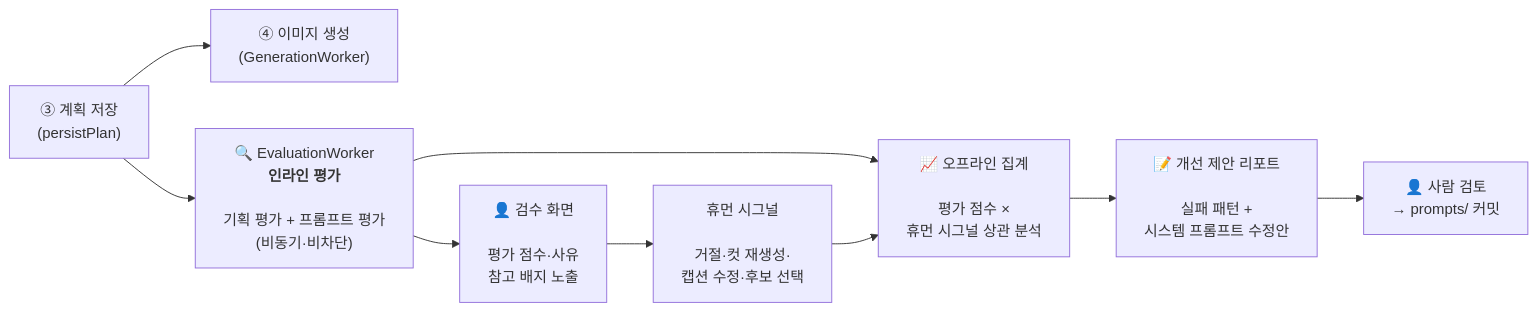
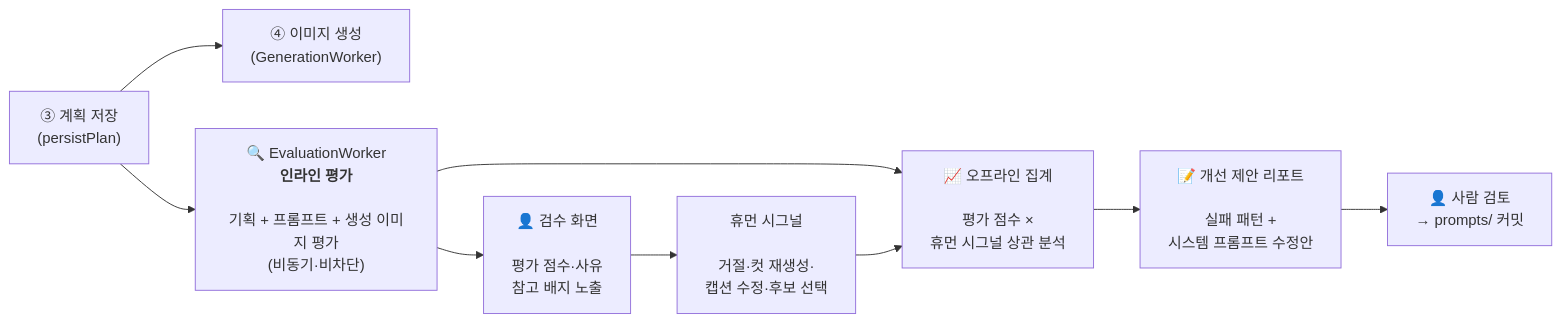
The diagram in docs/plan-prompt-evaluation-agent.md (TaehoHong/opod-admin), drawn with Mermaid before and after one commit. The commit also changed other lines of this file and 33 other files, not shown here.

````diff
--- a/docs/plan-prompt-evaluation-agent.md
+++ b/docs/plan-prompt-evaluation-agent.md
@@ -23,19 +23,19 @@
 ```mermaid
 flowchart LR
     P["③ 계획 저장<br/>(persistPlan)"]
     G["④ 이미지 생성<br/>(GenerationWorker)"]
-    EV["🔍 EvaluationWorker<br/><b>인라인 평가</b><br/><br/>기획 평가 + 프롬프트 평가<br/>(비동기·비차단)"]
+    EV["🔍 EvaluationWorker<br/><b>인라인 평가</b><br/><br/>기획 + 프롬프트 + 생성 이미지 평가<br/>(비동기·비차단)"]
     R["👤 검수 화면<br/><br/>평가 점수·사유<br/>참고 배지 노출"]
     H["휴먼 시그널<br/><br/>거절·컷 재생성·<br/>캡션 수정·후보 선택"]
     AGG["📈 오프라인 집계<br/><br/>평가 점수 ×<br/>휴먼 시그널 상관 분석"]
     REP["📝 개선 제안 리포트<br/><br/>실패 패턴 +<br/>시스템 프롬프트 수정안"]
     HU["👤 사람 검토<br/>→ prompts/ 커밋"]
 
     P --> G
     P --> EV
     EV --> R
     R --> H
     EV --> AGG
     H --> AGG
     AGG --> REP --> HU
 ```
````
